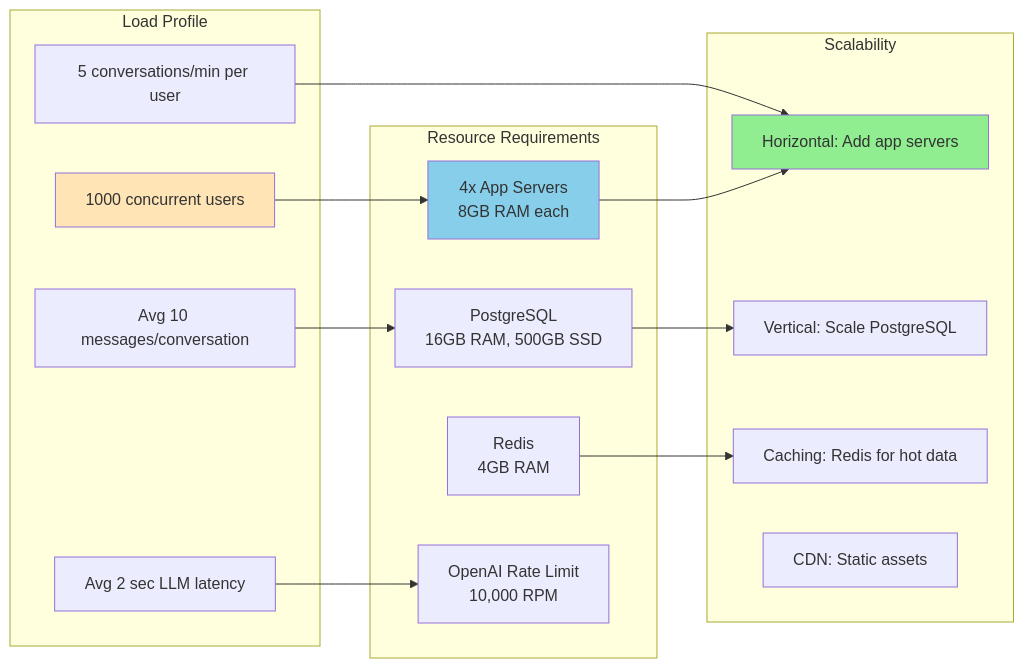
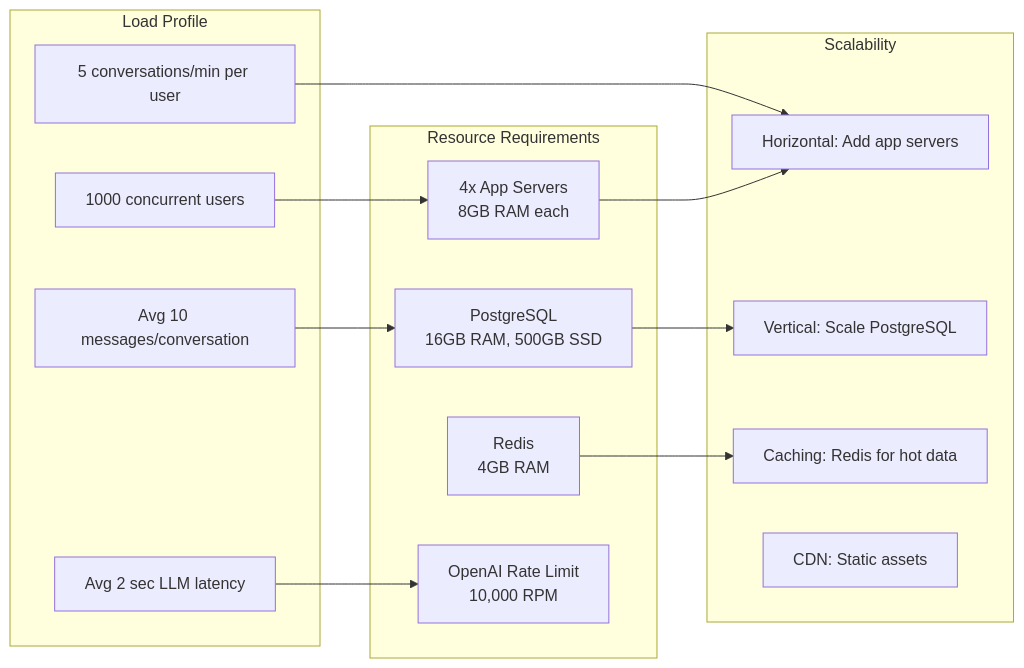
Diagram 14 of 23 in limitlessos/ARCHITECTURE_DIAGRAMS.md (blockvoltcr7/langgraph-supervisors), drawn with Mermaid before and after one commit. The commit also changed other lines of this file and 17 other files, not shown here.

````diff
--- a/limitlessos/ARCHITECTURE_DIAGRAMS.md
+++ b/limitlessos/ARCHITECTURE_DIAGRAMS.md
@@ -618,36 +579,32 @@
 ```mermaid
 graph LR
     subgraph "Load Profile"
         A[1000 concurrent users]
         B[Avg 10 messages/conversation]
         C[Avg 2 sec LLM latency]
         D[5 conversations/min per user]
     end
     
     subgraph "Resource Requirements"
         E[4x App Servers<br/>8GB RAM each]
         F[PostgreSQL<br/>16GB RAM, 500GB SSD]
         G[Redis<br/>4GB RAM]
         H[OpenAI Rate Limit<br/>10,000 RPM]
     end
     
     subgraph "Scalability"
         I[Horizontal: Add app servers]
         J[Vertical: Scale PostgreSQL]
         K[Caching: Redis for hot data]
         L[CDN: Static assets]
     end
     
     A --> E
     B --> F
     C --> H
     D --> I
     
     E --> I
     F --> J
     G --> K
-    
-    style A fill:#FFE4B5
-    style E fill:#87CEEB
-    style I fill:#90EE90
 ```
````
